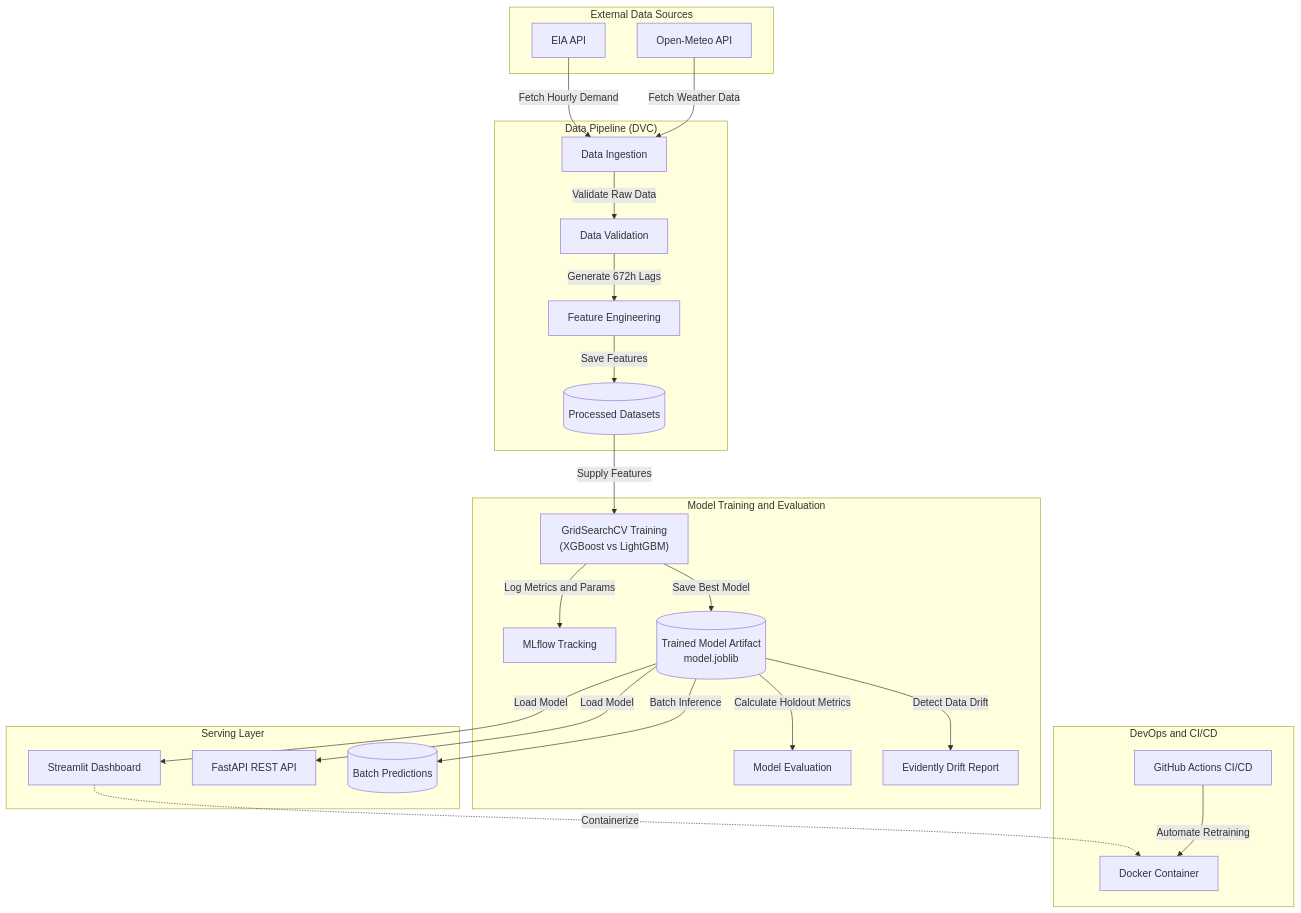
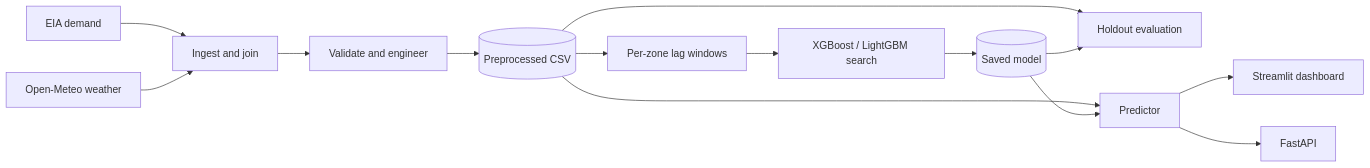
The diagram in README.md (JavithNaseem-J/WattPredictor), drawn with Mermaid before and after one commit. The commit also changed other lines of this file and 16 other files, not shown here.

````diff
--- a/README.md
+++ b/README.md
@@ -26,50 +24,16 @@
 ```mermaid
-flowchart TB
-    subgraph SOURCES["External Data Sources"]
-        EIA["EIA API"]
-        WX["Open-Meteo API"]
-    end
-
-    subgraph DATA["Data Pipeline (DVC)"]
-        ING["Data Ingestion"]
-        VAL["Data Validation"]
-        FE["Feature Engineering"]
-        DATASTORE[("Processed Datasets")]
-        ING -->|Validate Raw Data| VAL
-        VAL -->|Generate 672h Lags| FE
-        FE -->|Save Features| DATASTORE
-    end
-
-    subgraph TRAIN["Model Training and Evaluation"]
-        TRAINER["GridSearchCV Training<br/>(XGBoost vs LightGBM)"]
-        MLFLOW["MLflow Tracking"]
-        EVAL["Model Evaluation"]
-        DRIFT["Evidently Drift Report"]
-        MODELSTORE[("Trained Model Artifact<br/>model.joblib")]
-        
-        TRAINER -->|Log Metrics and Params| MLFLOW
-        TRAINER -->|Save Best Model| MODELSTORE
-        MODELSTORE -->|Calculate Holdout Metrics| EVAL
-        MODELSTORE -->|Detect Data Drift| DRIFT
-    end
-
-    subgraph SERVE["Serving Layer"]
-        ST["Streamlit Dashboard"]
-        API["FastAPI REST API"]
-        PRED[("Batch Predictions")]
-    end
-
-    subgraph DEVOPS["DevOps and CI/CD"]
-        GHA["GitHub Actions CI/CD"]
-        DOCK["Docker Container"]
-    end
-
-    EIA -->|Fetch Hourly Demand| ING
-    WX -->|Fetch Weather Data| ING
-    DATASTORE -->|Supply Features| TRAINER
-    MODELSTORE -->|Load Model| ST
-    MODELSTORE -->|Load Model| API
-    MODELSTORE -->|Batch Inference| PRED
-    ST -.->|Containerize| DOCK
-    GHA -->|Automate Retraining| DOCK
+flowchart LR
+    EIA["EIA demand"] --> ING["Ingest and join"]
+    WX["Open-Meteo weather"] --> ING
+    ING --> FE["Validate and engineer"]
+    FE --> CSV[("Preprocessed CSV")]
+    CSV --> LAG["Per-zone lag windows"]
+    LAG --> SEARCH["XGBoost / LightGBM search"]
+    SEARCH --> MODEL[("Saved model")]
+    CSV --> EVAL["Holdout evaluation"]
+    MODEL --> EVAL
+    CSV --> PRED["Predictor"]
+    MODEL --> PRED
+    PRED --> UI["Streamlit dashboard"]
+    PRED --> API["FastAPI"]
 ```
````
